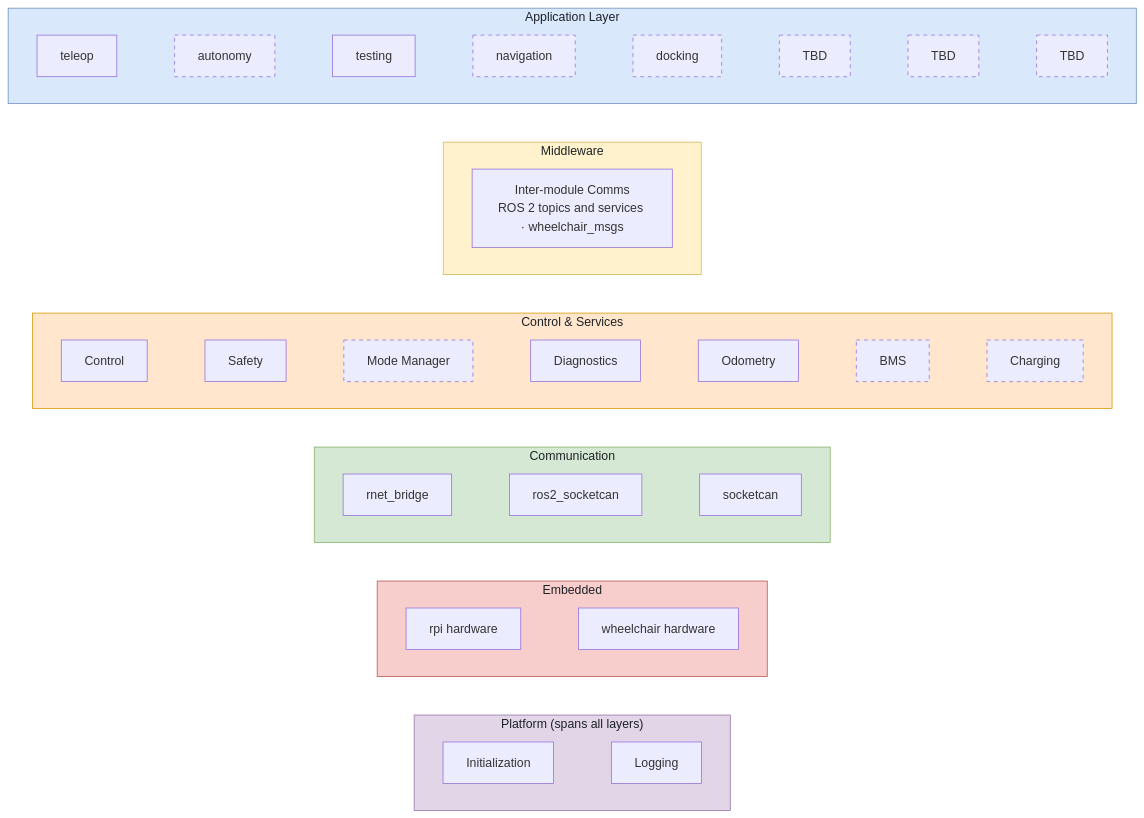
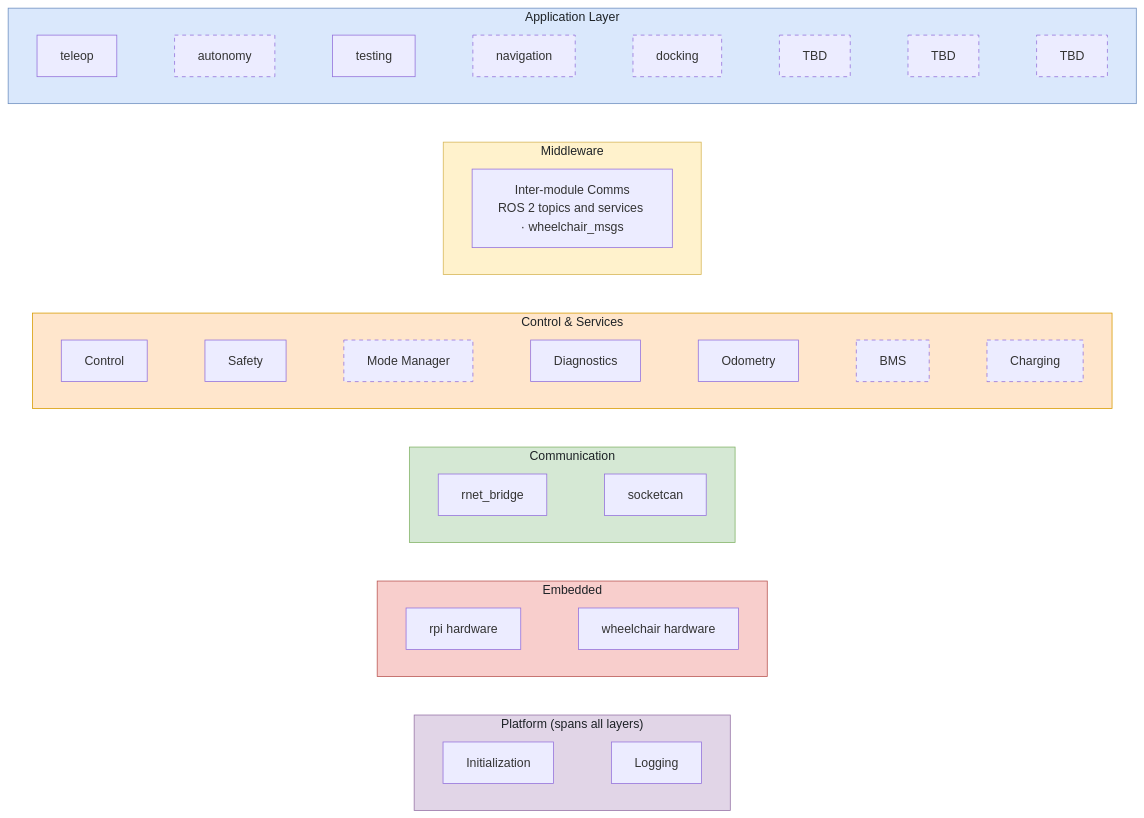
The diagram in docs/layer-stack.md (Build-with-Ben/AutonomousPowerWheelChair), drawn with Mermaid before and after one commit. The commit also changed other lines of this file and 14 other files, not shown here.

````diff
--- a/docs/layer-stack.md
+++ b/docs/layer-stack.md
@@ -8,44 +8,44 @@
 ```mermaid
 flowchart TB
   subgraph APP["Application Layer"]
     direction LR
     teleop ~~~ autonomy ~~~ testing ~~~ navigation ~~~ docking ~~~ tbd1["TBD"] ~~~ tbd2["TBD"] ~~~ tbd3["TBD"]
   end
 
   subgraph MW["Middleware"]
     direction LR
     comms["Inter-module Comms<br/>ROS 2 topics and services · wheelchair_msgs"]
   end
 
   subgraph SVC["Control & Services"]
     direction LR
     control["Control"] ~~~ safety["Safety"] ~~~ mode["Mode Manager"] ~~~ diag["Diagnostics"] ~~~ odom["Odometry"] ~~~ bms["BMS"] ~~~ charging["Charging"]
   end
 
   subgraph COM["Communication"]
     direction LR
-    rnet["rnet_bridge"] ~~~ rsc["ros2_socketcan"] ~~~ sc["socketcan"]
+    rnet["rnet_bridge"] ~~~ sc["socketcan"]
   end
 
   subgraph EMB["Embedded"]
     direction LR
     rpi["rpi hardware"] ~~~ chair["wheelchair hardware"]
   end
 
   subgraph PLAT["Platform (spans all layers)"]
     direction LR
     init["Initialization"] ~~~ logging["Logging"]
   end
 
   APP ~~~ MW ~~~ SVC ~~~ COM ~~~ EMB ~~~ PLAT
 
   classDef planned stroke-dasharray: 5 5
   class autonomy,navigation,docking,tbd1,tbd2,tbd3,mode,bms,charging planned
 
   style APP fill:#dae8fc,stroke:#6c8ebf,color:#1d2226
   style MW fill:#fff2cc,stroke:#d6b656,color:#1d2226
   style SVC fill:#ffe6cc,stroke:#d79b00,color:#1d2226
   style COM fill:#d5e8d4,stroke:#82b366,color:#1d2226
   style EMB fill:#f8cecc,stroke:#b85450,color:#1d2226
   style PLAT fill:#e1d5e7,stroke:#9673a6,color:#1d2226
 ```
````
